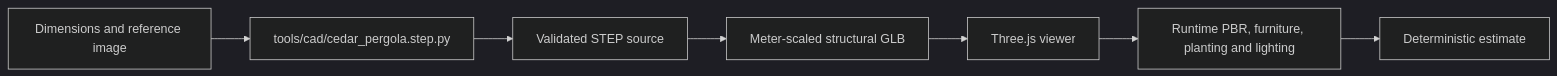
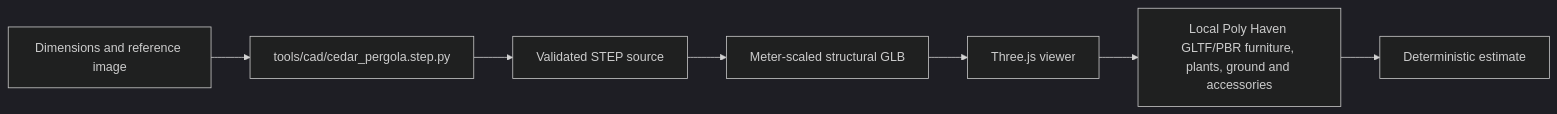
One commit to tobiags/ai-estimate-studio changed the diagram in docs/viewer/TEXT_TO_CAD_EVALUATION.md. Above: the diagram before and after it, drawn with Mermaid (dark theme). The commit also changed other lines of this file and 39 other files, not shown here.

Commit message:
feat(web): replace procedural pergola decor with PBR assets

````diff
--- a/docs/viewer/TEXT_TO_CAD_EVALUATION.md
+++ b/docs/viewer/TEXT_TO_CAD_EVALUATION.md
@@ -15,9 +15,9 @@
 ```mermaid
 flowchart LR
   Brief[Dimensions and reference image] --> Source[tools/cad/cedar_pergola.step.py]
   Source --> Step[Validated STEP source]
   Step --> GLB[Meter-scaled structural GLB]
   GLB --> Viewer[Three.js viewer]
-  Viewer --> Decor[Runtime PBR, furniture, planting and lighting]
+  Viewer --> Decor[Local Poly Haven GLTF/PBR furniture, plants, ground and accessories]
   Decor --> Quote[Deterministic estimate]
 ```
````
